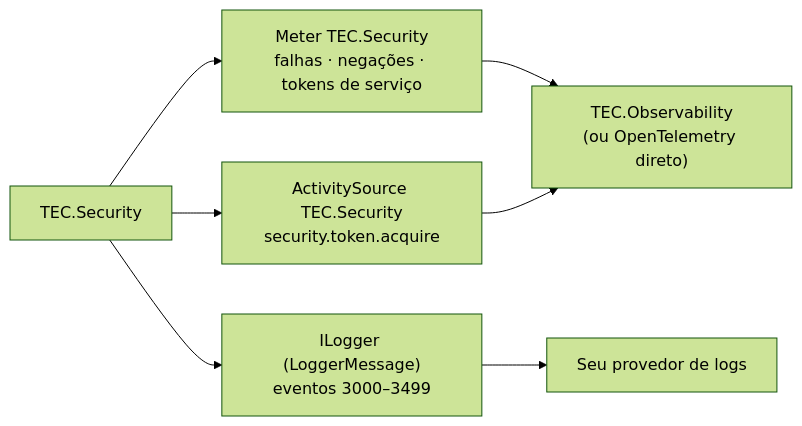
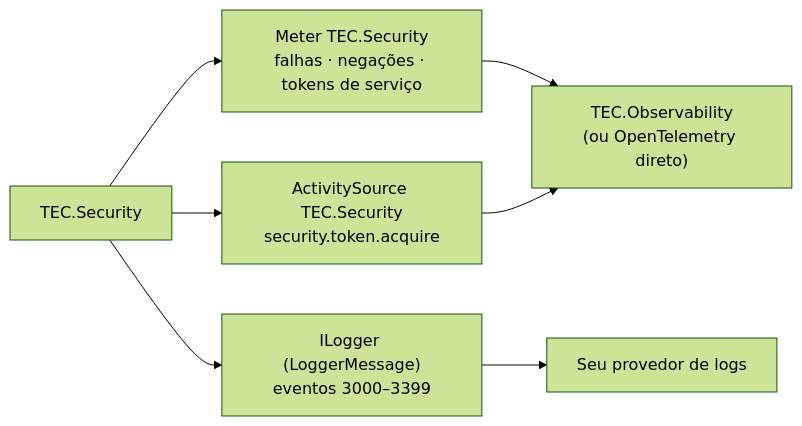
One commit to tudoemcodigo/lib-tec-security changed the diagram in docs/observabilidade.md. Above: the diagram before and after it, drawn with Mermaid (forest theme). The commit also changed other lines of this file and 37 other files, not shown here.

````diff
--- a/docs/observabilidade.md
+++ b/docs/observabilidade.md
@@ -26,8 +26,8 @@
 ```mermaid
 flowchart LR
     SEC["TEC.Security"] --> M["Meter TEC.Security<br/>falhas · negações · tokens de serviço"]
     SEC --> A["ActivitySource TEC.Security<br/>security.token.acquire"]
-    SEC --> L["ILogger (LoggerMessage)<br/>eventos 3000–3499"]
+    SEC --> L["ILogger (LoggerMessage)<br/>eventos 3000–3399"]
     M & A --> OBS["TEC.Observability<br/>(ou OpenTelemetry direto)"]
     L --> LOG["Seu provedor de logs"]
 ```
````
